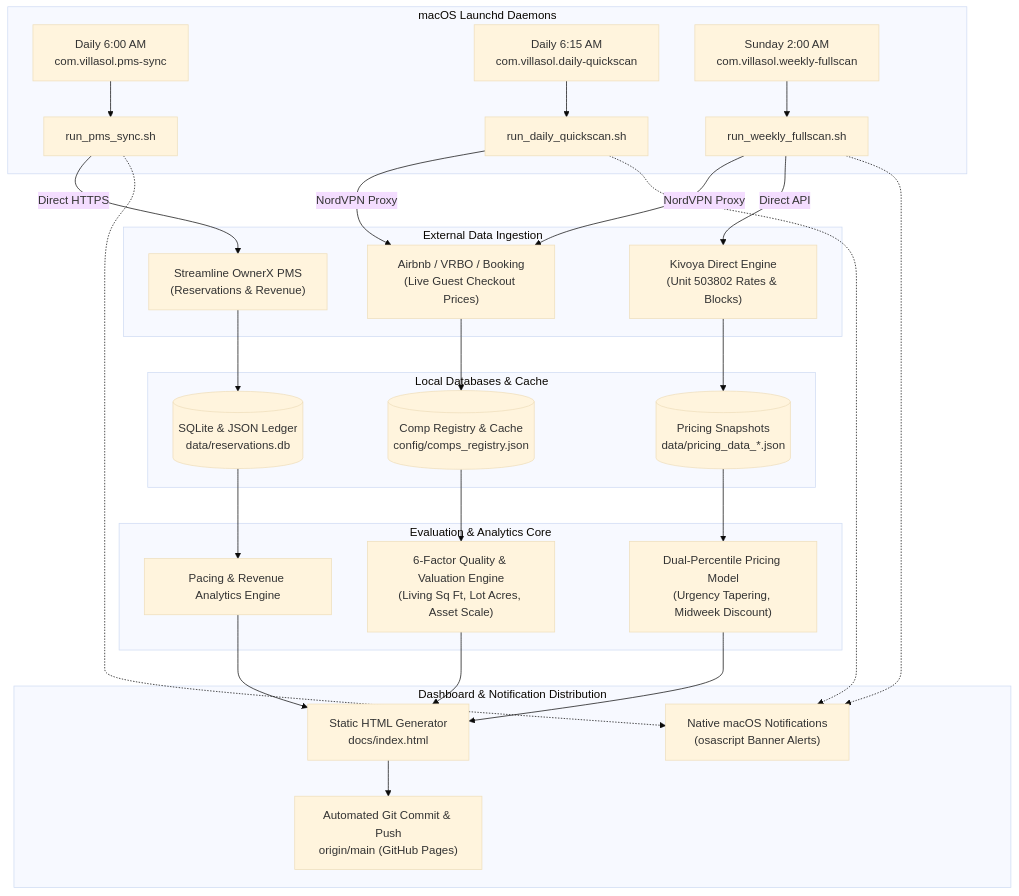
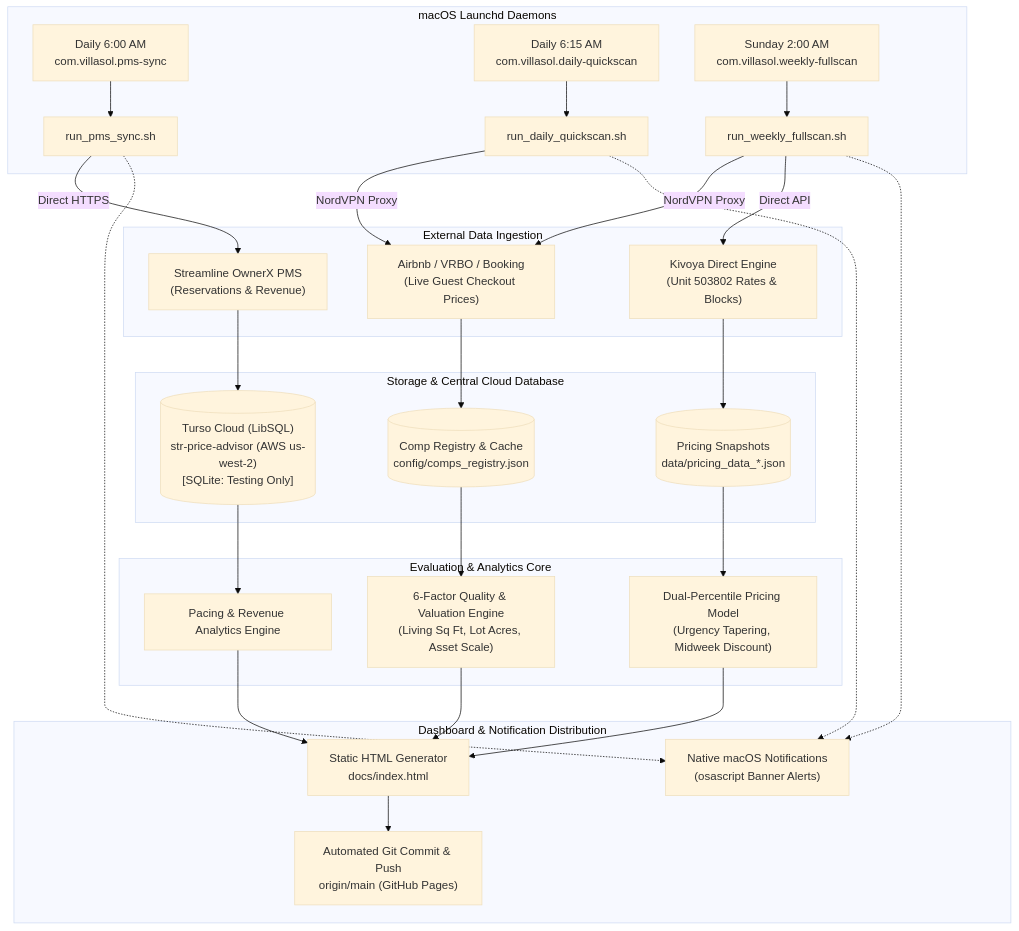
One commit to ivanpenkov/str-price-advisor changed the diagram in docs/OPERATIONAL_GUIDE.md. Above: the diagram before and after it, drawn with Mermaid (base theme). The commit also changed other lines of this file and 27 other files, not shown here.

Commit message:
Migrate storage to Turso Cloud (LibSQL) and implement Operational Role Separation

````diff
--- a/docs/OPERATIONAL_GUIDE.md
+++ b/docs/OPERATIONAL_GUIDE.md
@@ -10,37 +10,37 @@
 ```mermaid
 flowchart TD
     subgraph Scheduled_Daemons ["macOS Launchd Daemons"]
         D1["Daily 6:00 AM<br/>com.villasol.pms-sync"] --> S1["run_pms_sync.sh"]
         D2["Daily 6:15 AM<br/>com.villasol.daily-quickscan"] --> S2["run_daily_quickscan.sh"]
         D3["Sunday 2:00 AM<br/>com.villasol.weekly-fullscan"] --> S3["run_weekly_fullscan.sh"]
     end
 
     subgraph Data_Sources ["External Data Ingestion"]
         S1 -->|"Direct HTTPS"| PMS["Streamline OwnerX PMS<br/>(Reservations & Revenue)"]
         S2 -->|"NordVPN Proxy"| OTAs["Airbnb / VRBO / Booking<br/>(Live Guest Checkout Prices)"]
         S3 -->|"NordVPN Proxy"| OTAs
         S3 -->|"Direct API"| Kivoya["Kivoya Direct Engine<br/>(Unit 503802 Rates & Blocks)"]
     end
 
-    subgraph Local_Storage ["Local Databases & Cache"]
-        PMS --> SQL[("SQLite & JSON Ledger<br/>data/reservations.db")]
+    subgraph Storage_Layer ["Storage & Central Cloud Database"]
+        PMS --> SQL[("Turso Cloud (LibSQL)<br/>str-price-advisor (AWS us-west-2)<br/>[SQLite: Testing Only]")]
         OTAs --> Comps[("Comp Registry & Cache<br/>config/comps_registry.json")]
         Kivoya --> Snapshots[("Pricing Snapshots<br/>data/pricing_data_*.json")]
     end
 
     subgraph Analytics_Engine ["Evaluation & Analytics Core"]
         Comps --> Rubric["6-Factor Quality & Valuation Engine<br/>(Living Sq Ft, Lot Acres, Asset Scale)"]
         Snapshots --> PricingEngine["Dual-Percentile Pricing Model<br/>(Urgency Tapering, Midweek Discount)"]
         SQL --> RevenueEngine["Pacing & Revenue Analytics Engine"]
     end
 
     subgraph Output_Layer ["Dashboard & Notification Distribution"]
         PricingEngine --> HTML["Static HTML Generator<br/>docs/index.html"]
         Rubric --> HTML
         RevenueEngine --> HTML
         HTML --> Git["Automated Git Commit & Push<br/>origin/main (GitHub Pages)"]
         S1 -.-> Notify["Native macOS Notifications<br/>(osascript Banner Alerts)"]
         S2 -.-> Notify
         S3 -.-> Notify
     end
 ```
````
